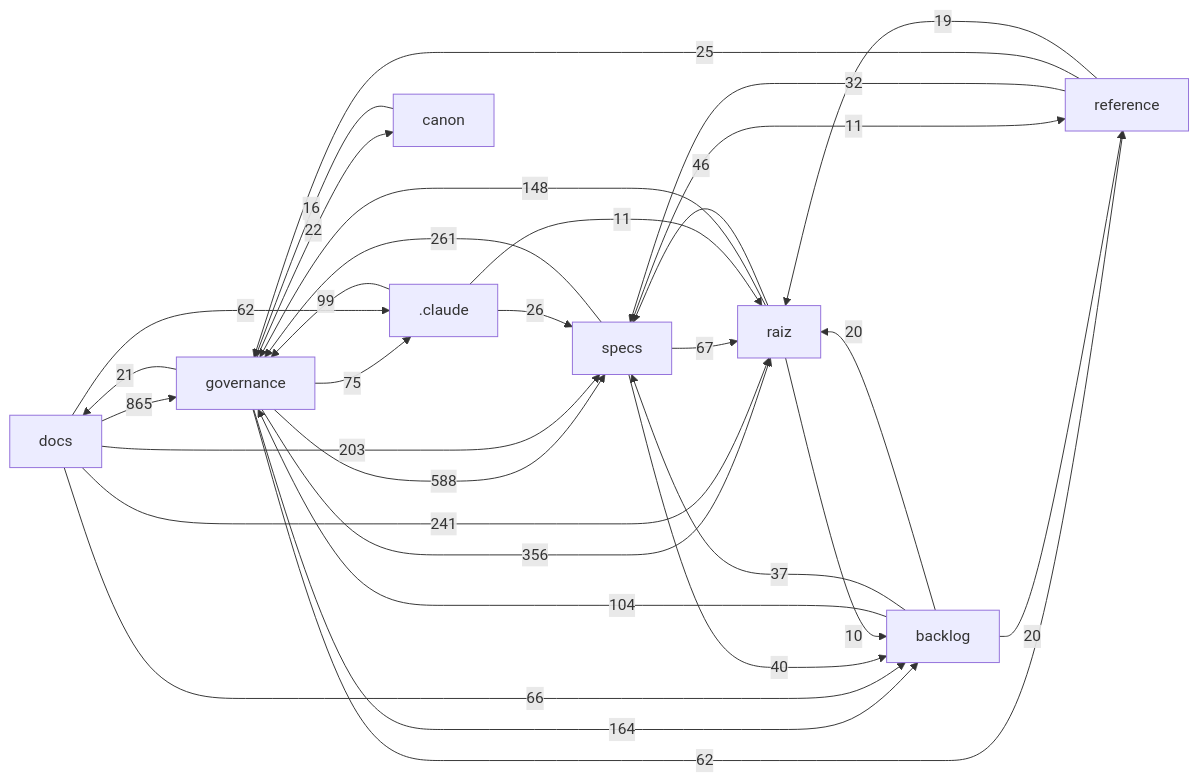
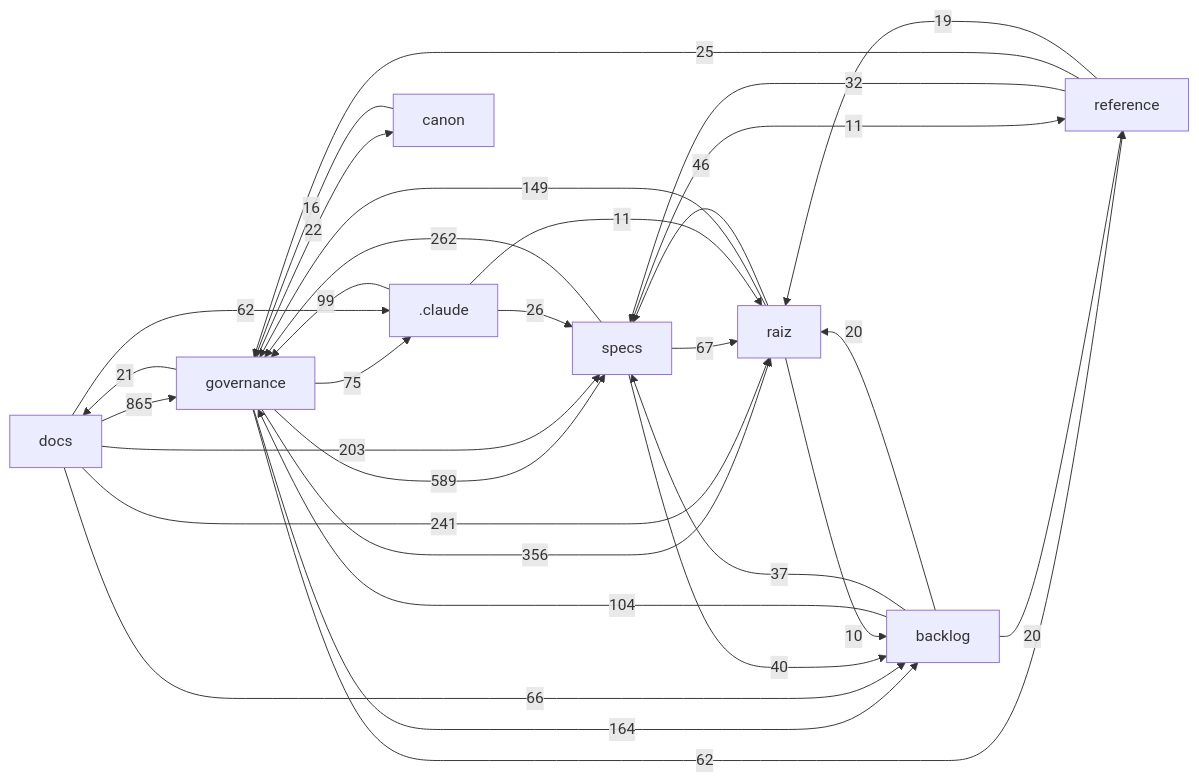
The diagram in docs/mapa/MAPA-PROJETO.md (Andraus35/Sistema-Operacional-de-Trading--SOT), drawn with Mermaid before and after one commit. The commit also changed other lines of this file and 4 other files, not shown here.

First line of the commit message:
WIP(SPEC-006): ROADMAP/CATALOGO registram DHR-SPEC006-003; cabeçalho do plan.md em edição (incompleto; não revisar; não é baseline)

````diff
--- a/docs/mapa/MAPA-PROJETO.md
+++ b/docs/mapa/MAPA-PROJETO.md
@@ -29,33 +29,33 @@
 ```mermaid
 flowchart LR
   docs["docs"] -->|865| governance["governance"]
-  governance["governance"] -->|588| specs["specs"]
+  governance["governance"] -->|589| specs["specs"]
   governance["governance"] -->|356| raiz["raiz"]
-  specs["specs"] -->|261| governance["governance"]
+  specs["specs"] -->|262| governance["governance"]
   docs["docs"] -->|241| raiz["raiz"]
   docs["docs"] -->|203| specs["specs"]
   governance["governance"] -->|164| backlog["backlog"]
-  raiz["raiz"] -->|148| governance["governance"]
+  raiz["raiz"] -->|149| governance["governance"]
   backlog["backlog"] -->|104| governance["governance"]
   _claude[".claude"] -->|99| governance["governance"]
   governance["governance"] -->|75| _claude[".claude"]
   specs["specs"] -->|67| raiz["raiz"]
   docs["docs"] -->|66| backlog["backlog"]
   docs["docs"] -->|62| _claude[".claude"]
   governance["governance"] -->|62| reference["reference"]
   raiz["raiz"] -->|46| specs["specs"]
   specs["specs"] -->|40| backlog["backlog"]
   backlog["backlog"] -->|37| specs["specs"]
   reference["reference"] -->|32| specs["specs"]
   _claude[".claude"] -->|26| specs["specs"]
   reference["reference"] -->|25| governance["governance"]
   governance["governance"] -->|22| canon["canon"]
   governance["governance"] -->|21| docs["docs"]
   backlog["backlog"] -->|20| raiz["raiz"]
   backlog["backlog"] -->|20| reference["reference"]
   reference["reference"] -->|19| raiz["raiz"]
   canon["canon"] -->|16| governance["governance"]
   _claude[".claude"] -->|11| raiz["raiz"]
   specs["specs"] -->|11| reference["reference"]
   raiz["raiz"] -->|10| backlog["backlog"]
 ```
````
